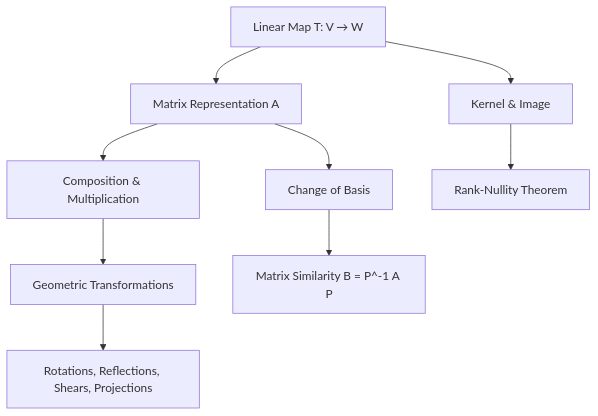
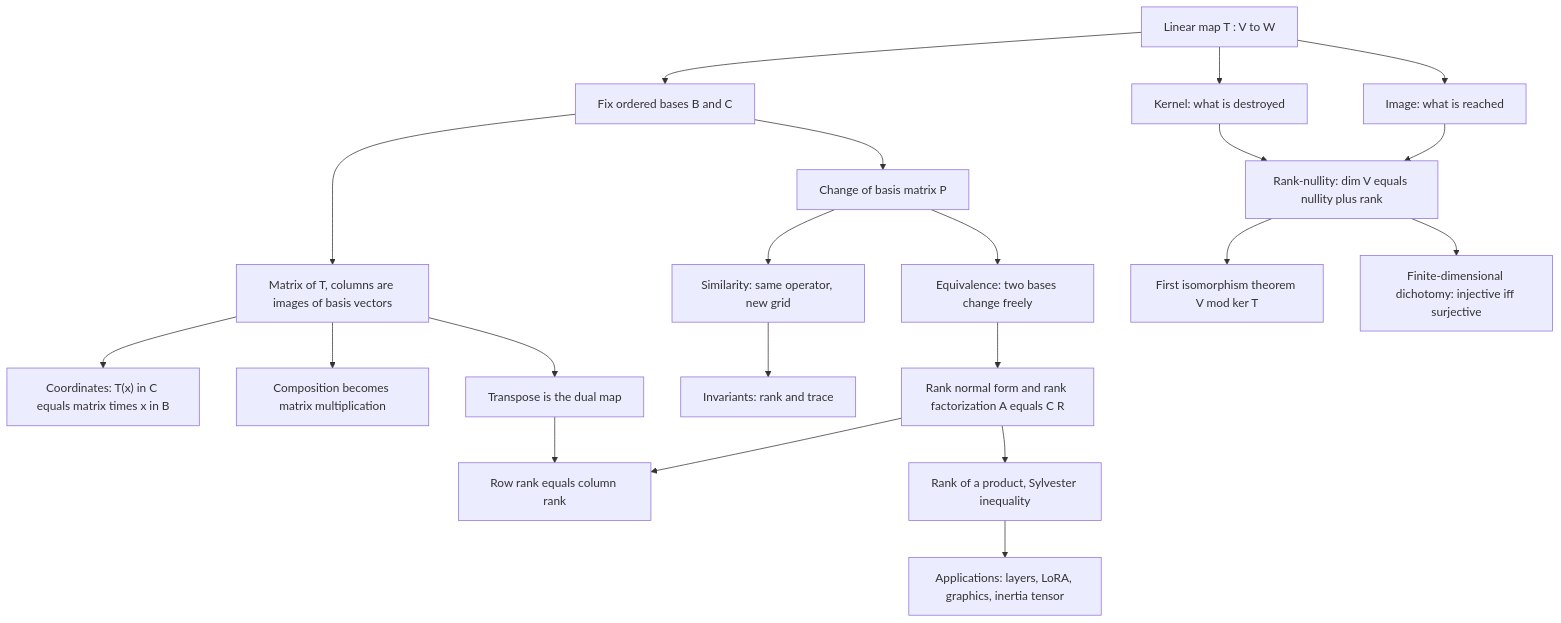
One commit to hien078/applied-mathematics-foundation changed the diagram in linear_algebra/02_linear_maps_and_matrix_transformations/README.md. Above: the diagram before and after it, drawn with Mermaid. The commit also changed other lines of this file and 150 other files, not shown here.

````diff
--- a/linear_algebra/02_linear_maps_and_matrix_transformations/README.md
+++ b/linear_algebra/02_linear_maps_and_matrix_transformations/README.md
@@ -27,11 +60,23 @@
 ```mermaid
 graph TD
-    A["Linear Map T: V → W"] --> B["Matrix Representation A"]
-    A --> C["Kernel & Image"]
-    B --> D["Composition & Multiplication"]
-    C --> E["Rank-Nullity Theorem"]
-    B --> F["Change of Basis"]
-    F --> G["Matrix Similarity B = P^-1 A P"]
-    D --> H["Geometric Transformations"]
-    H --> I["Rotations, Reflections, Shears, Projections"]
+    A["Linear map T : V to W"] --> B["Fix ordered bases B and C"]
+    B --> C["Matrix of T, columns are images of basis vectors"]
+    C --> D["Coordinates: T(x) in C equals matrix times x in B"]
+    C --> E["Composition becomes matrix multiplication"]
+    A --> F["Kernel: what is destroyed"]
+    A --> G["Image: what is reached"]
+    F --> H["Rank-nullity: dim V equals nullity plus rank"]
+    G --> H
+    H --> I["First isomorphism theorem V mod ker T"]
+    H --> J["Finite-dimensional dichotomy: injective iff surjective"]
+    B --> K["Change of basis matrix P"]
+    K --> L["Similarity: same operator, new grid"]
+    L --> M["Invariants: rank and trace"]
+    K --> N["Equivalence: two bases change freely"]
+    N --> O["Rank normal form and rank factorization A equals C R"]
+    O --> P["Row rank equals column rank"]
+    C --> Q["Transpose is the dual map"]
+    Q --> P
+    O --> R["Rank of a product, Sylvester inequality"]
+    R --> S["Applications: layers, LoRA, graphics, inertia tensor"]
 ```
````
